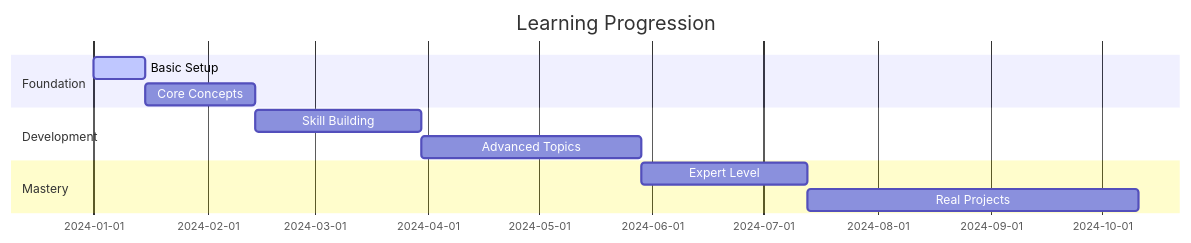
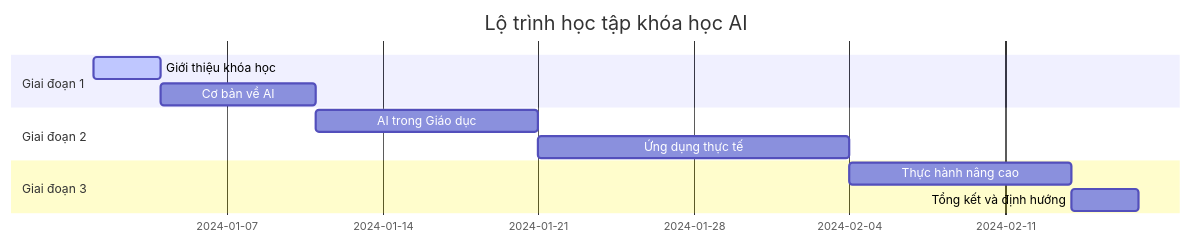
Before and after one commit to zukahai/ai-teaching: the second of 2 diagrams in docs/introduction/intro.md, drawn with Mermaid. The commit also changed other lines of this file and 6 other files, not shown here.

````diff
--- a/docs/introduction/intro.md
+++ b/docs/introduction/intro.md
@@ -51,14 +49,14 @@
 ```mermaid
 gantt
-    title Learning Progression
+    title Lộ trình học tập khóa học AI
     dateFormat  YYYY-MM-DD
-    section Foundation
-    Basic Setup        :active, setup, 2024-01-01, 14d
-    Core Concepts      :core, after setup, 30d
-    section Development
-    Skill Building     :skill, after core, 45d
-    Advanced Topics    :adv, after skill, 60d
-    section Mastery
-    Expert Level       :expert, after adv, 45d
-    Real Projects      :project, after expert, 90d
+    section Giai đoạn 1
+    Giới thiệu khóa học    :active, intro, 2024-01-01, 3d
+    Cơ bản về AI          :basic, after intro, 7d
+    section Giai đoạn 2
+    AI trong Giáo dục     :education, after basic, 10d
+    Ứng dụng thực tế      :practice, after education, 14d
+    section Giai đoạn 3
+    Thực hành nâng cao    :advanced, after practice, 10d
+    Tổng kết và định hướng :summary, after advanced, 3d
 ```
````
